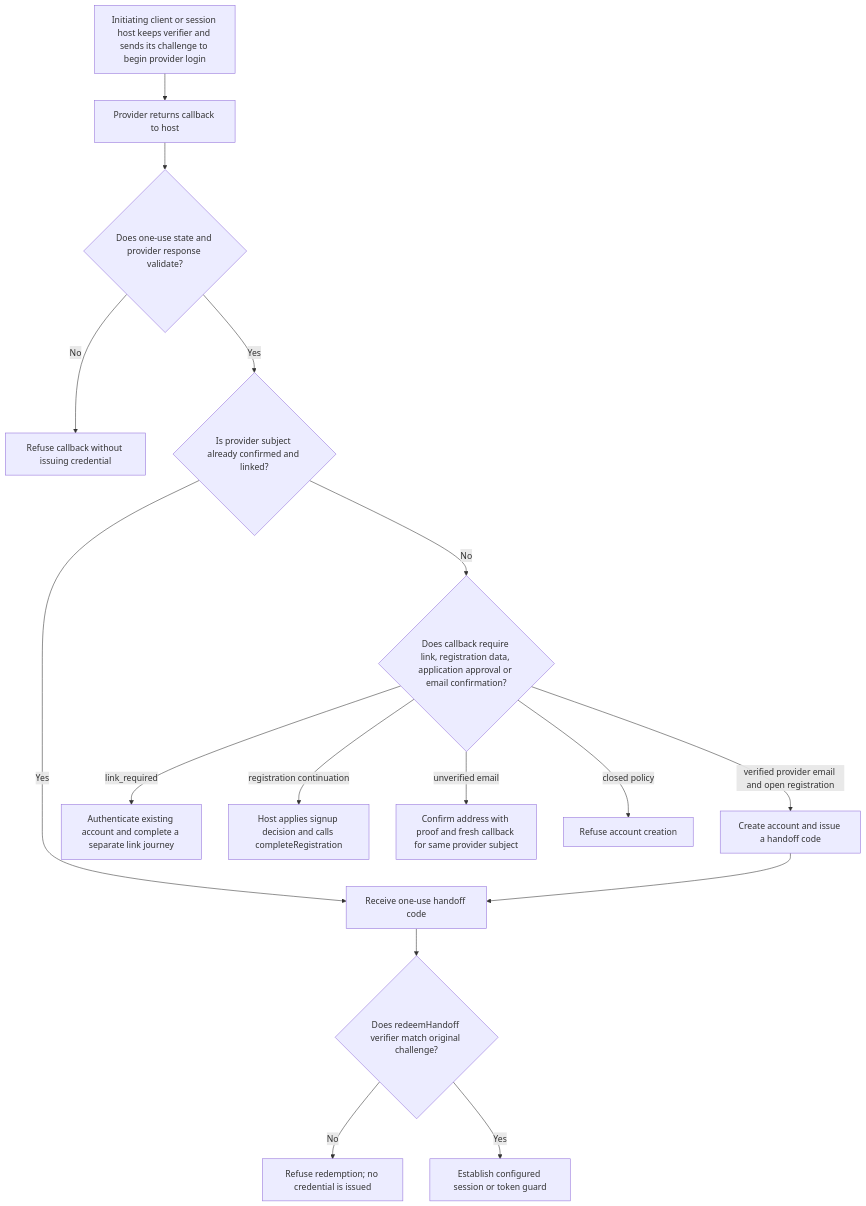
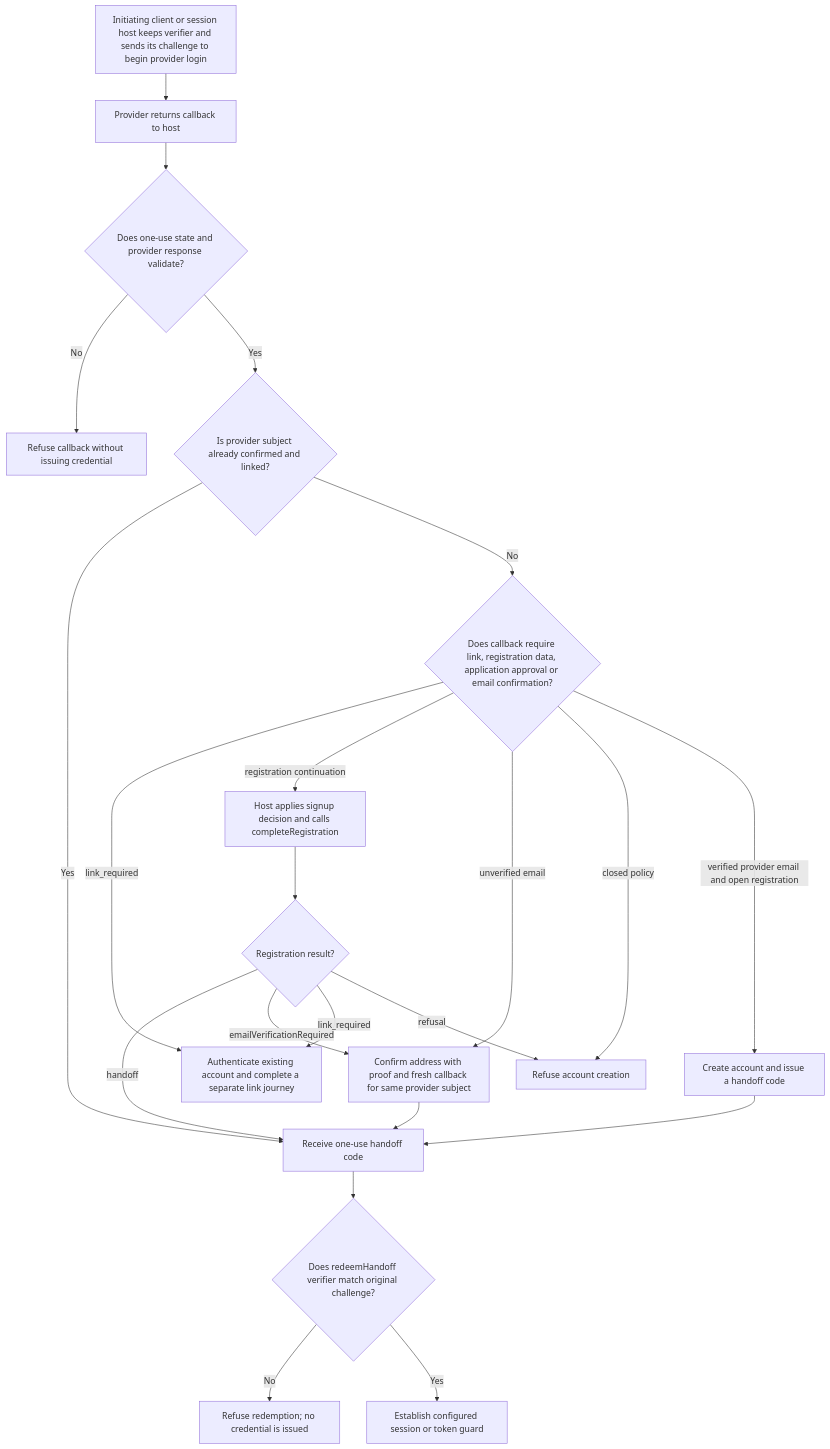
Before and after one commit to Kevinjohn/oss-adonisjs-account-kit: the first of 2 diagrams in user-stories/US-ACCOUNT-20-social-sign-in.md, drawn with Mermaid. The commit also changed other lines of this file and 43 other files, not shown here.

````diff
--- a/user-stories/US-ACCOUNT-20-social-sign-in.md
+++ b/user-stories/US-ACCOUNT-20-social-sign-in.md
@@ -21,18 +21,24 @@
 ```mermaid
 flowchart TD
  A["Initiating client or session host keeps verifier and sends its challenge to begin provider login"] --> B["Provider returns callback to host"]
  B --> C{"Does one-use state and provider response validate?"}
  C -->|No| D["Refuse callback without issuing credential"]
  C -->|Yes| E{"Is provider subject already confirmed and linked?"}
  E -->|Yes| F["Receive one-use handoff code"]
  F --> G{"Does redeemHandoff verifier match original challenge?"}
  G -->|No| H["Refuse redemption; no credential is issued"]
  G -->|Yes| I["Establish configured session or token guard"]
  E -->|No| J{"Does callback require link, registration data, application approval or email confirmation?"}
  J -->|link_required| K["Authenticate existing account and complete a separate link journey"]
  J -->|registration continuation| L["Host applies signup decision and calls completeRegistration"]
+ L --> P{"Registration result?"}
+ P -->|handoff| F
+ P -->|emailVerificationRequired| M
+ P -->|link_required| K
+ P -->|refusal| N
  J -->|unverified email| M["Confirm address with proof and fresh callback for same provider subject"]
+ M --> F
  J -->|closed policy| N["Refuse account creation"]
  J -->|verified provider email and open registration| O["Create account and issue a handoff code"]
  O --> F
 ```
````
